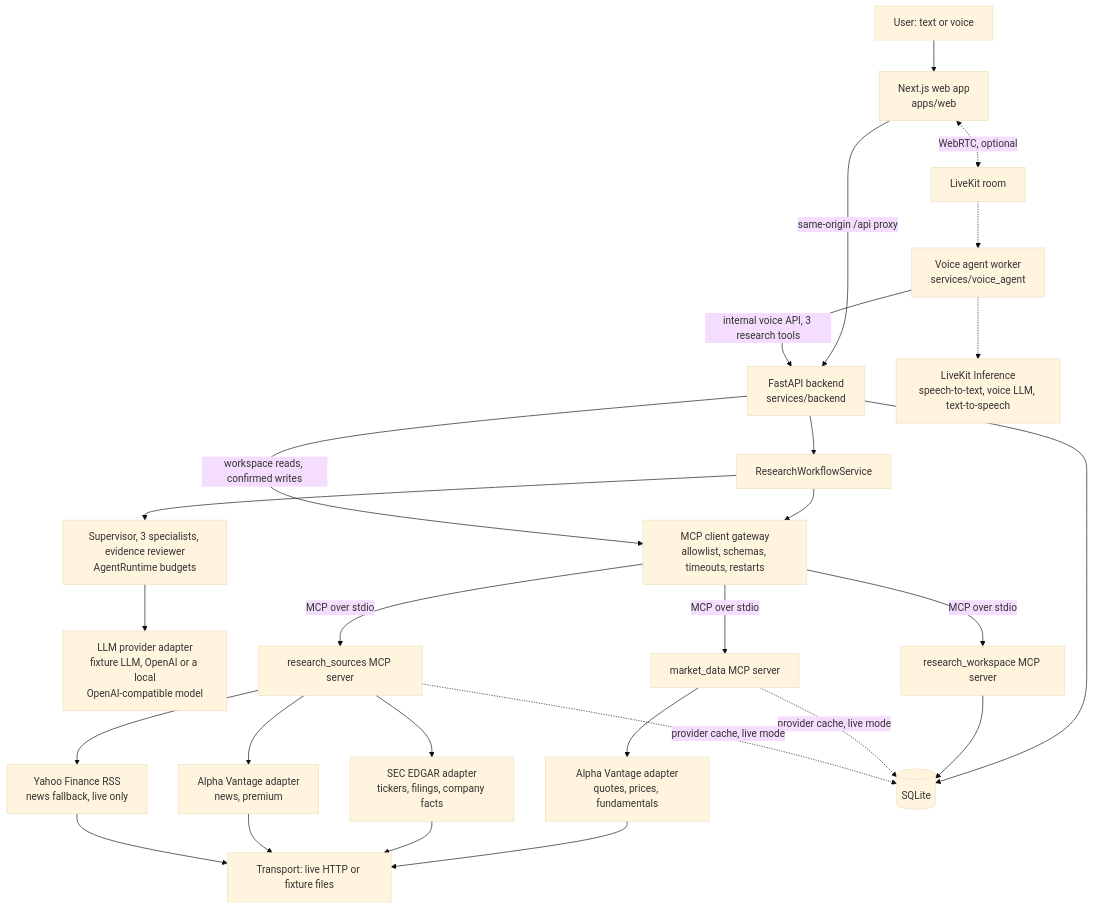
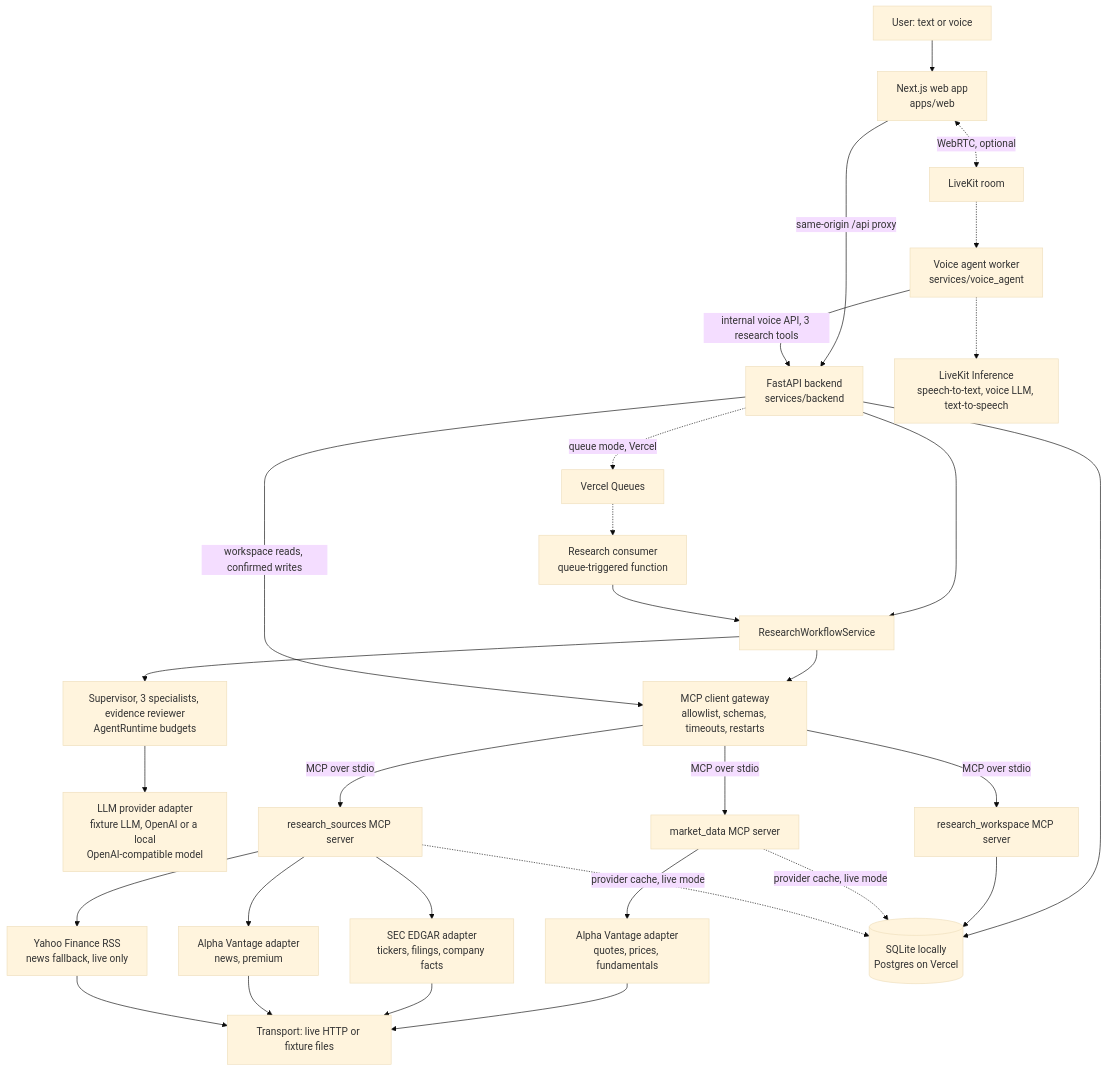
The first of 2 diagrams in architecture.md (sumansurvi/MarketLens), drawn with Mermaid (base theme) before and after one commit. The commit also changed other lines of this file and 53 other files, not shown here.

````diff
--- a/architecture.md
+++ b/architecture.md
@@ -31,29 +31,32 @@
 ```mermaid
 flowchart TD
   U[User: text or voice] --> W[Next.js web app<br/>apps/web]
   W -->|same-origin /api proxy| B[FastAPI backend<br/>services/backend]
   W <-. WebRTC, optional .-> LK[LiveKit room]
   LK -.-> VA[Voice agent worker<br/>services/voice_agent]
   VA -.-> LKI[LiveKit Inference<br/>speech-to-text, voice LLM, text-to-speech]
   VA -->|internal voice API, 3 research tools| B
   B --> RW[ResearchWorkflowService]
   RW --> AG[Supervisor, 3 specialists, evidence reviewer<br/>AgentRuntime budgets]
   AG --> LLM[LLM provider adapter<br/>fixture LLM, OpenAI or a local<br/>OpenAI-compatible model]
   RW --> GW[MCP client gateway<br/>allowlist, schemas, timeouts, restarts]
   B -->|workspace reads, confirmed writes| GW
   GW -->|MCP over stdio| MD[market_data MCP server]
   GW -->|MCP over stdio| RS[research_sources MCP server]
   GW -->|MCP over stdio| WS[research_workspace MCP server]
   MD --> AV[Alpha Vantage adapter<br/>quotes, prices, fundamentals]
   RS --> SEC[SEC EDGAR adapter<br/>tickers, filings, company facts]
   RS --> AVN[Alpha Vantage adapter<br/>news, premium]
   RS --> YN[Yahoo Finance RSS<br/>news fallback, live only]
   AV --> T[Transport: live HTTP or fixture files]
   SEC --> T
   AVN --> T
   YN --> T
-  B --> DB[(SQLite)]
+  B --> DB[(SQLite locally<br/>Postgres on Vercel)]
+  B -.->|queue mode, Vercel| Q[Vercel Queues]
+  Q -.-> RC[Research consumer<br/>queue-triggered function]
+  RC --> RW
   WS --> DB
   MD -.->|provider cache, live mode| DB
   RS -.->|provider cache, live mode| DB
 ```
````
